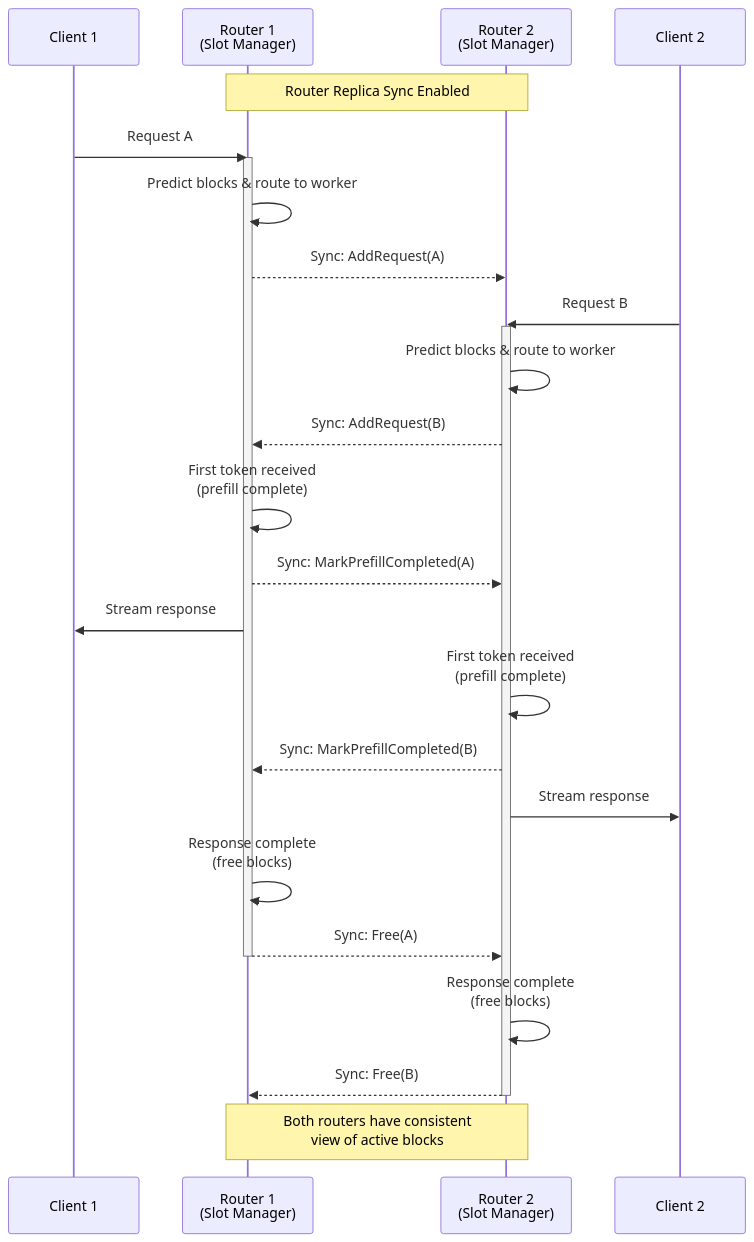
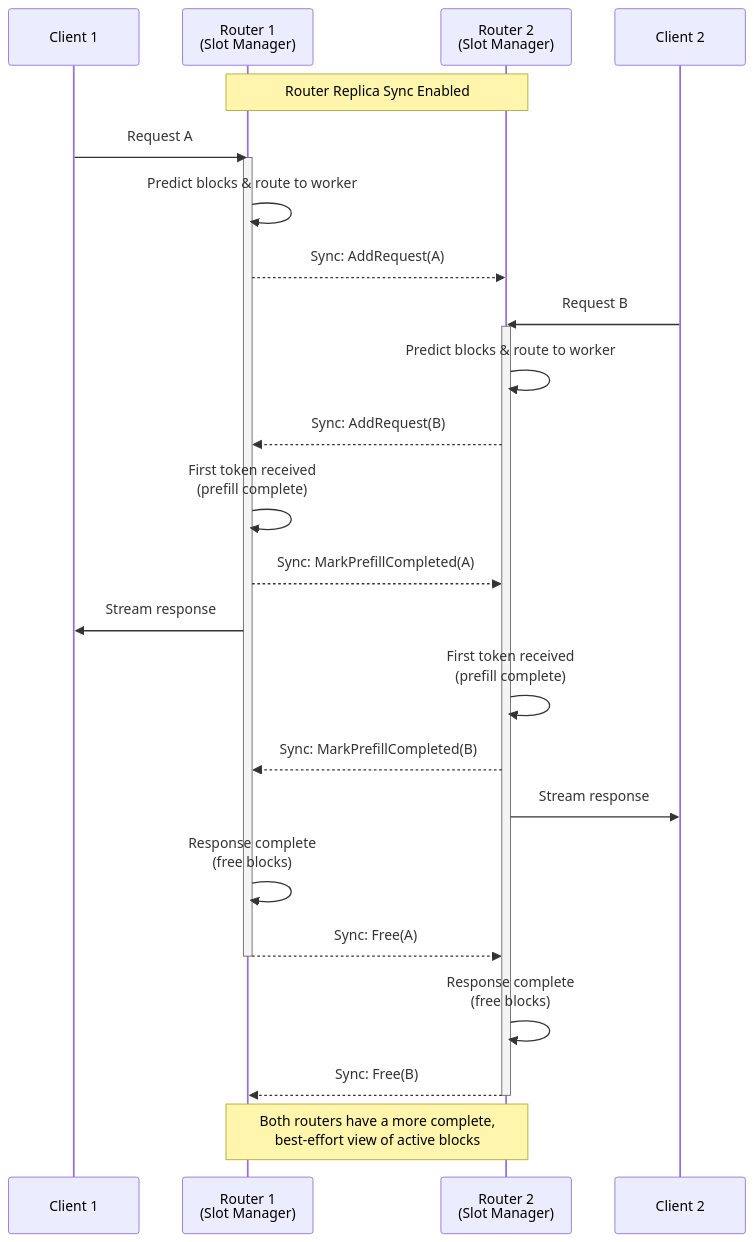
The third of 3 diagrams in docs/fern/pages/developer-guide/knowledge-base/modular-components/router/router-design.md (wxsms/dynamo), drawn with Mermaid before and after one commit. The commit also changed other lines of this file and 30 other files, not shown here.

````diff
--- a/docs/fern/pages/developer-guide/knowledge-base/modular-components/router/router-design.md
+++ b/docs/fern/pages/developer-guide/knowledge-base/modular-components/router/router-design.md
@@ -239,37 +244,37 @@
 ```mermaid
 sequenceDiagram
     participant C1 as Client 1
     participant R1 as Router 1<br/>(Slot Manager)
     participant R2 as Router 2<br/>(Slot Manager)
     participant C2 as Client 2
 
     Note over R1,R2: Router Replica Sync Enabled
 
     C1->>R1: Request A
     activate R1
     R1->>R1: Predict blocks & route to worker
     R1-->>R2: Sync: AddRequest(A)
 
     C2->>R2: Request B
     activate R2
     R2->>R2: Predict blocks & route to worker
     R2-->>R1: Sync: AddRequest(B)
 
     R1->>R1: First token received<br/>(prefill complete)
     R1-->>R2: Sync: MarkPrefillCompleted(A)
     R1->>C1: Stream response
 
     R2->>R2: First token received<br/>(prefill complete)
     R2-->>R1: Sync: MarkPrefillCompleted(B)
     R2->>C2: Stream response
 
     R1->>R1: Response complete<br/>(free blocks)
     R1-->>R2: Sync: Free(A)
     deactivate R1
 
     R2->>R2: Response complete<br/>(free blocks)
     R2-->>R1: Sync: Free(B)
     deactivate R2
 
-    Note over R1,R2: Both routers have consistent<br/>view of active blocks
+    Note over R1,R2: Both routers have a more complete,<br/>best-effort view of active blocks
 ```
````
